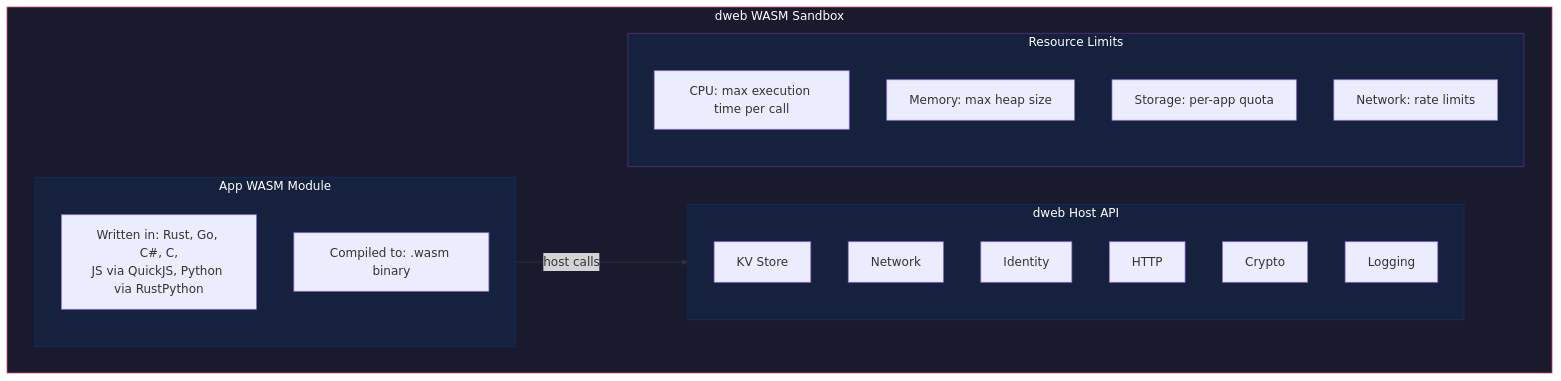
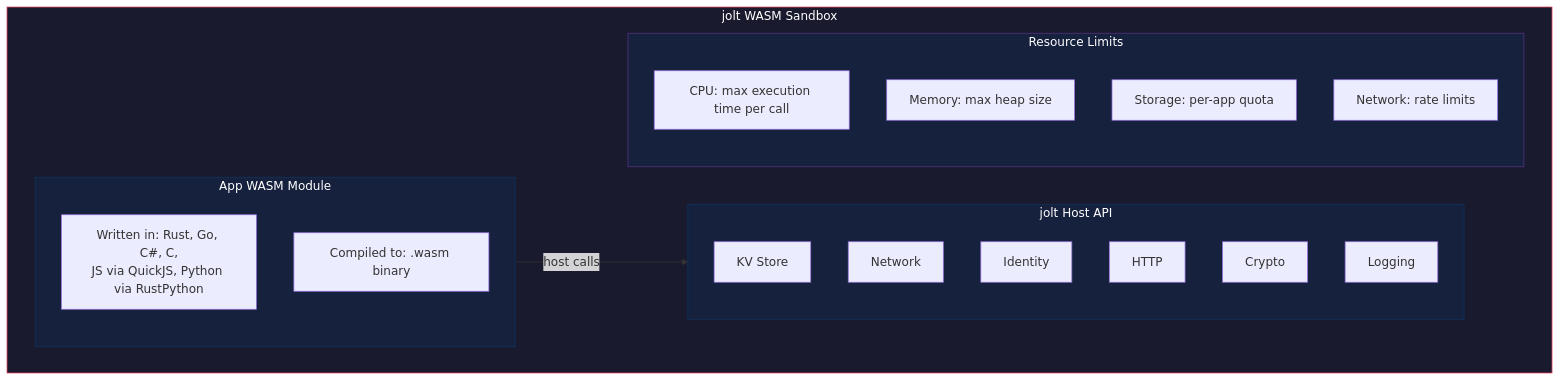
Before and after one commit to alexanderwanyoike/jolt: the first of 2 diagrams in docs/04-wasm-runtime.md, drawn with Mermaid. The commit also changed other lines of this file and 148 other files, not shown here.

Commit message:
Rename dweb to jolt and improve daemon discovery

````diff
--- a/docs/04-wasm-runtime.md
+++ b/docs/04-wasm-runtime.md
@@ -9,32 +9,32 @@
 ```mermaid
 graph TD
-    subgraph sandbox["dweb WASM Sandbox"]
+    subgraph sandbox["jolt WASM Sandbox"]
         subgraph app["App WASM Module"]
             Lang["Written in: Rust, Go, C#, C,<br/>JS via QuickJS, Python via RustPython"]
             Bin["Compiled to: .wasm binary"]
         end
 
-        subgraph hostapi["dweb Host API"]
+        subgraph hostapi["jolt Host API"]
             KV["KV Store"]
             Net["Network"]
             Id["Identity"]
             HTTP["HTTP"]
             Cry["Crypto"]
             Log["Logging"]
         end
 
         subgraph limits["Resource Limits"]
             CPU["CPU: max execution time per call"]
             Mem["Memory: max heap size"]
             Stor["Storage: per-app quota"]
             NetLim["Network: rate limits"]
         end
 
         app -->|host calls| hostapi
     end
 
     style sandbox fill:#1a1a2e,stroke:#e94560,color:#fff
     style app fill:#16213e,stroke:#0f3460,color:#fff
     style hostapi fill:#16213e,stroke:#0f3460,color:#fff
     style limits fill:#16213e,stroke:#533483,color:#fff
 ```
````
